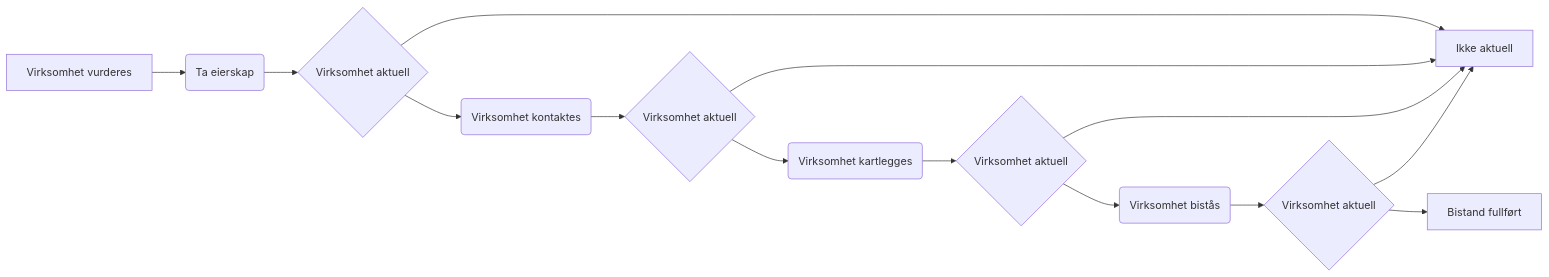
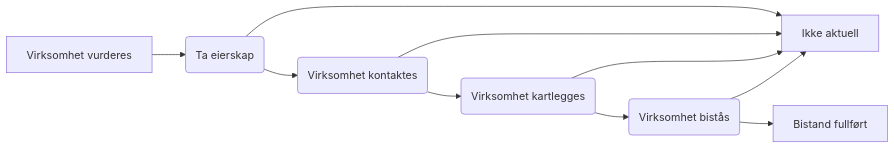
One commit to navikt/fia-datafortelling changed the diagram in includes/forenklet-saksgang.qmd. Above: the diagram before and after it, drawn with Mermaid. The commit also changed 1 other file, not shown here.

Commit message:
Forenkler den forenklede saksgangen

````diff
--- a/includes/forenklet-saksgang.qmd
+++ b/includes/forenklet-saksgang.qmd
@@ -1,18 +1,14 @@
 ```{mermaid}
 %%| mermaid-format: svg
 
 flowchart LR
     A[Virksomhet vurderes] --> B(Ta eierskap)
-    B --> Z{Virksomhet aktuell}
-    Z --> I[Ikke aktuell]
-    Z --> C(Virksomhet kontaktes)
-    C --> V{Virksomhet aktuell}
-    V --> I
-    V --> D(Virksomhet kartlegges)
-    D --> K{Virksomhet aktuell}
-    K --> I
-    K --> E(Virksomhet bistås)
-    E --> Y{Virksomhet aktuell}
-    Y --> I
-    Y --> F[Bistand fullført]
+    B --> I[Ikke aktuell]
+    B --> C(Virksomhet kontaktes)
+    C --> I
+    C --> D(Virksomhet kartlegges)
+    D --> I
+    D --> E(Virksomhet bistås)
+    E --> I
+    E --> F[Bistand fullført]
 ```
````
